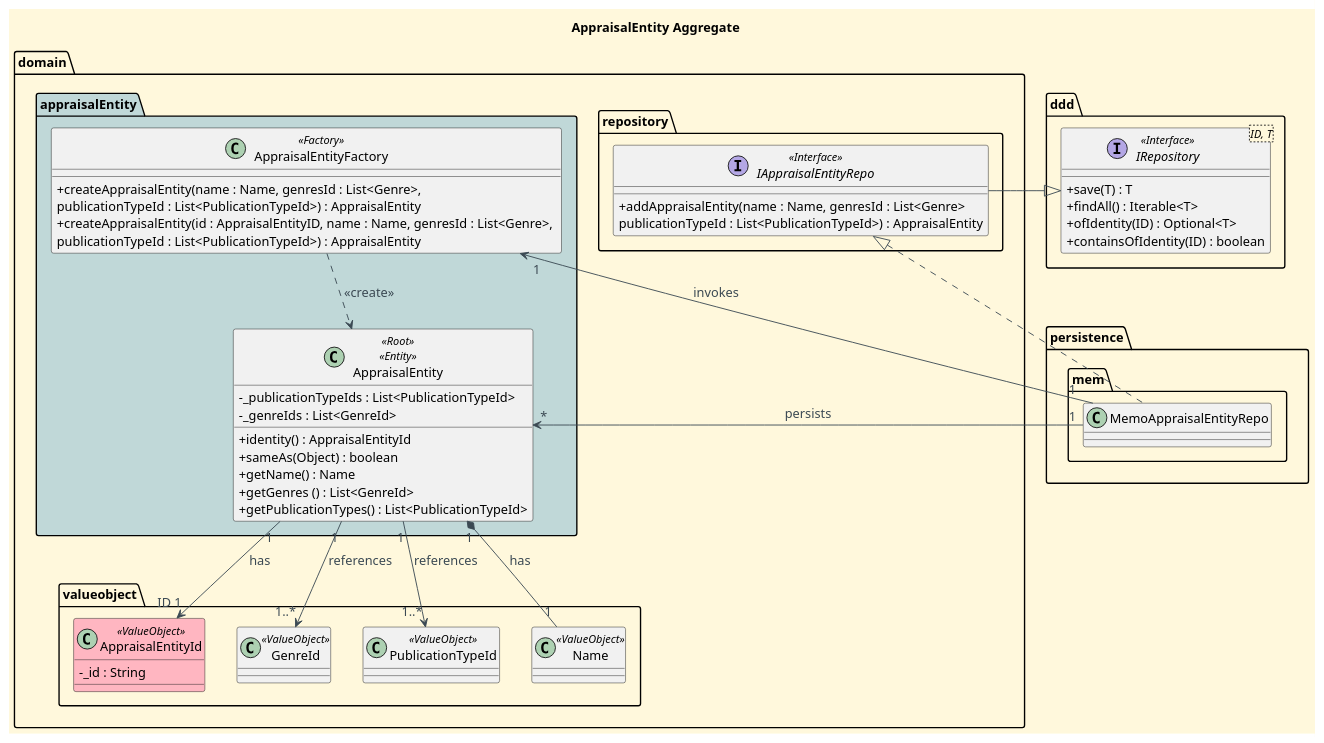
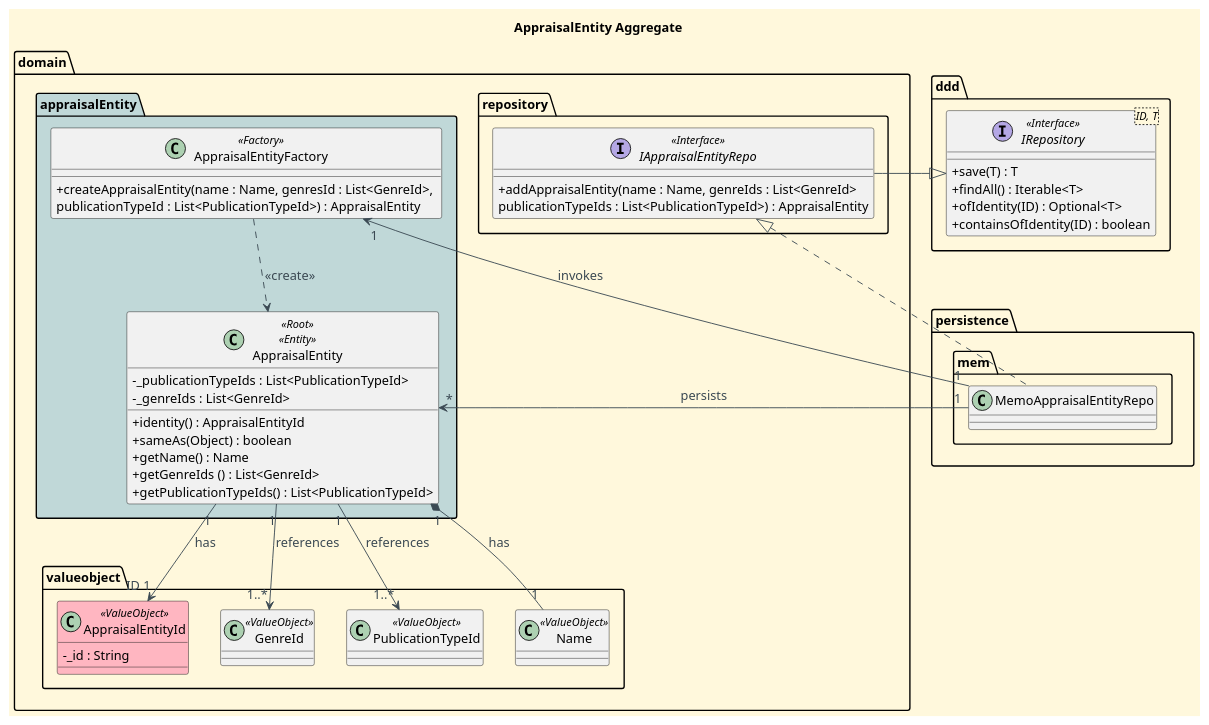
Before and after one commit to CarolinaLeite-collab/JavaMarketplacePlatform: the diagram in docs/aggregates-diagrams/Appraisal_Entity_Aggregate.puml, drawn with PlantUML.

Commit message:
fix: corrected aggregate diagram following pull request review by @mffcosta16 and @rafaelar27, refs #426

```diff
--- a/docs/aggregates-diagrams/Appraisal_Entity_Aggregate.puml
+++ b/docs/aggregates-diagrams/Appraisal_Entity_Aggregate.puml
@@ -1,104 +1,103 @@
 @startuml
 
 '==== Title ====
 title AppraisalEntity Aggregate
 top to bottom direction
 
 '==== basic style ====
 skinparam monochrome false
 skinparam defaultFontName Futura
 skinparam objectFontSize 14
 skinparam backgroundColor CornSilk
 skinparam objectBackgroundColor WhiteSmoke
 skinparam noteBackgroundColor #FFFFE0
 skinparam ArrowFontColor #3B4953
 skinparam ArrowColor #3B4953
 skinparam ArrowFontSize 14
 skinparam PackageBorderColor #black
 skinparam classAttributeIconSize 0
 
 ' ===== Domain =====
 Package "domain" {
 
     Package "appraisalEntity" <<Folder>> #c0d8d8 {
         class AppraisalEntity <<Root>> <<Entity>>  {
             -_publicationTypeIds : List<PublicationTypeId>
             -_genreIds : List<GenreId>
 
             +identity() : AppraisalEntityId
             +sameAs(Object) : boolean
             +getName() : Name
-            +getGenres () : List<GenreId>
-            +getPublicationTypes() : List<PublicationTypeId>
+            +getGenreIds () : List<GenreId>
+            +getPublicationTypeIds() : List<PublicationTypeId>
             }
 
     class AppraisalEntityFactory <<Factory>> {
-        +createAppraisalEntity(name : Name, genresId : List<Genre>, \npublicationTypeId : List<PublicationTypeId>) : AppraisalEntity
-        +createAppraisalEntity(id : AppraisalEntityID, name : Name, genresId : List<Genre>, \npublicationTypeId : List<PublicationTypeId>) : AppraisalEntity
+        +createAppraisalEntity(name : Name, genresId : List<GenreId>, \npublicationTypeId : List<PublicationTypeId>) : AppraisalEntity
 
         }
     }
 
     package "repository" <<Folder>> {
         interface IAppraisalEntityRepo <<Interface>> {
-            +addAppraisalEntity(name : Name, genresId : List<Genre> \npublicationTypeId : List<PublicationTypeId>) : AppraisalEntity
+            +addAppraisalEntity(name : Name, genreIds : List<GenreId> \npublicationTypeIds : List<PublicationTypeId>) : AppraisalEntity
         }
     }
 
     Package "valueobject" {
         '== Value Objects (Ids) ==
         class AppraisalEntityId <<ValueObject>> #LightPink {
         -_id : String
 
        }
         class GenreId <<ValueObject>> {
 
         }
         class PublicationTypeId <<ValueObject>> {
 
         }
         ' ===== Value Objects =====
         class Name <<ValueObject>> {
 
         }
 
     }
 
 }
 
 ' ===== Repository =====
 package "persistence" <<Folder>> {
 
     package "mem" {
         class MemoAppraisalEntityRepo {
 
         }
 
     }
 
 }
 
 Package "ddd" {
     interface IRepository<ID, T> <<Interface>> {
         +save(T) : T
         +findAll() : Iterable<T>
         +ofIdentity(ID) : Optional<T>
         +containsOfIdentity(ID) : boolean
     }
 
 }
 
 ' ===== Interactions =====
 AppraisalEntity "1" --> "ID 1" AppraisalEntityId : has
 AppraisalEntity "1" --> "1..*" GenreId : references
 AppraisalEntity "1" --> "1..*" PublicationTypeId : references
 AppraisalEntity "1" *-- "1" Name : has
 AppraisalEntity "*" <- "1" MemoAppraisalEntityRepo : persists
 
 AppraisalEntityFactory ..> AppraisalEntity : <<create>>
 AppraisalEntityFactory "1"<- "1" MemoAppraisalEntityRepo : invokes
 
 IAppraisalEntityRepo <|. MemoAppraisalEntityRepo
 IAppraisalEntityRepo -|> IRepository
 
 @enduml
```
